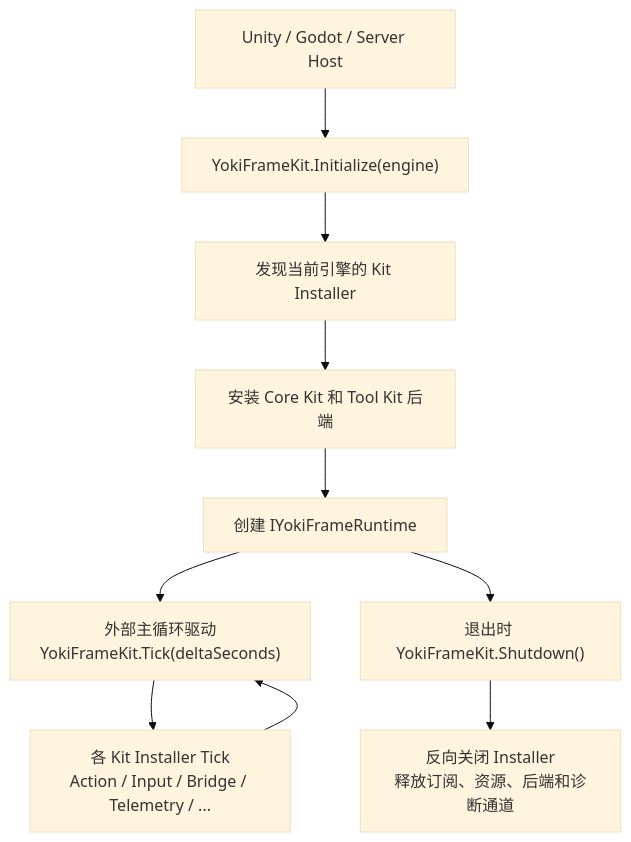
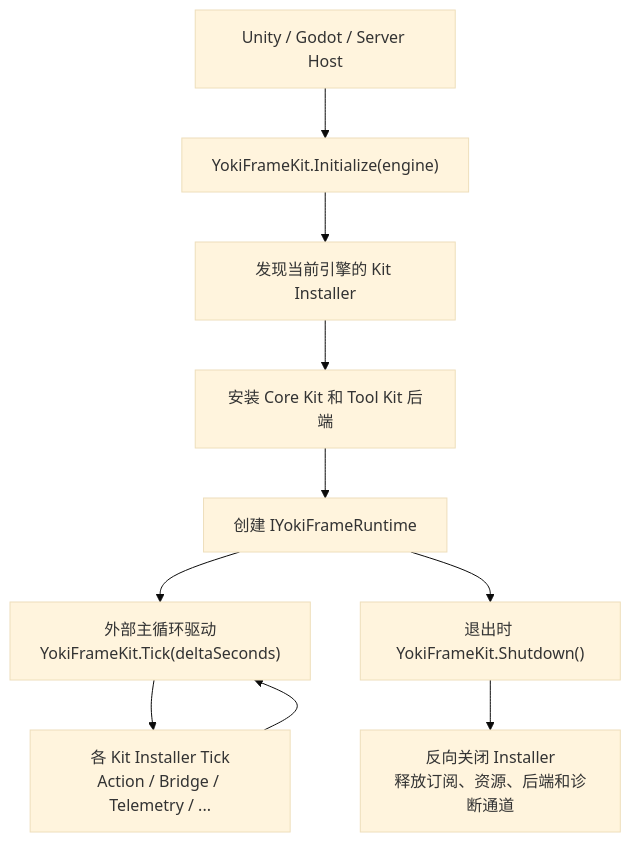
The fourth of 7 diagrams in README.md (HinataYoki/YokiFrame), drawn with Mermaid (base theme) before and after one commit. The commit also changed other lines of this file and 90 other files, not shown here.

Commit message:
refactor(inputkit): 移除官方 InputKit

````diff
--- a/README.md
+++ b/README.md
@@ -216,22 +214,22 @@
 ```mermaid
 flowchart TB
     Host["Unity / Godot / Server Host"]
     Init["YokiFrameKit.Initialize(engine)"]
     Discover["发现当前引擎的 Kit Installer"]
     Install["安装 Core Kit 和 Tool Kit 后端"]
     Runtime["创建 IYokiFrameRuntime"]
     Tick["外部主循环驱动<br/>YokiFrameKit.Tick(deltaSeconds)"]
-    KitTick["各 Kit Installer Tick<br/>Action / Input / Bridge / Telemetry / ..."]
+    KitTick["各 Kit Installer Tick<br/>Action / Bridge / Telemetry / ..."]
     Shutdown["退出时 YokiFrameKit.Shutdown()"]
     Cleanup["反向关闭 Installer<br/>释放订阅、资源、后端和诊断通道"]
 
     Host --> Init
     Init --> Discover
     Discover --> Install
     Install --> Runtime
     Runtime --> Tick
     Tick --> KitTick
     KitTick --> Tick
     Runtime --> Shutdown
     Shutdown --> Cleanup
 ```
````
